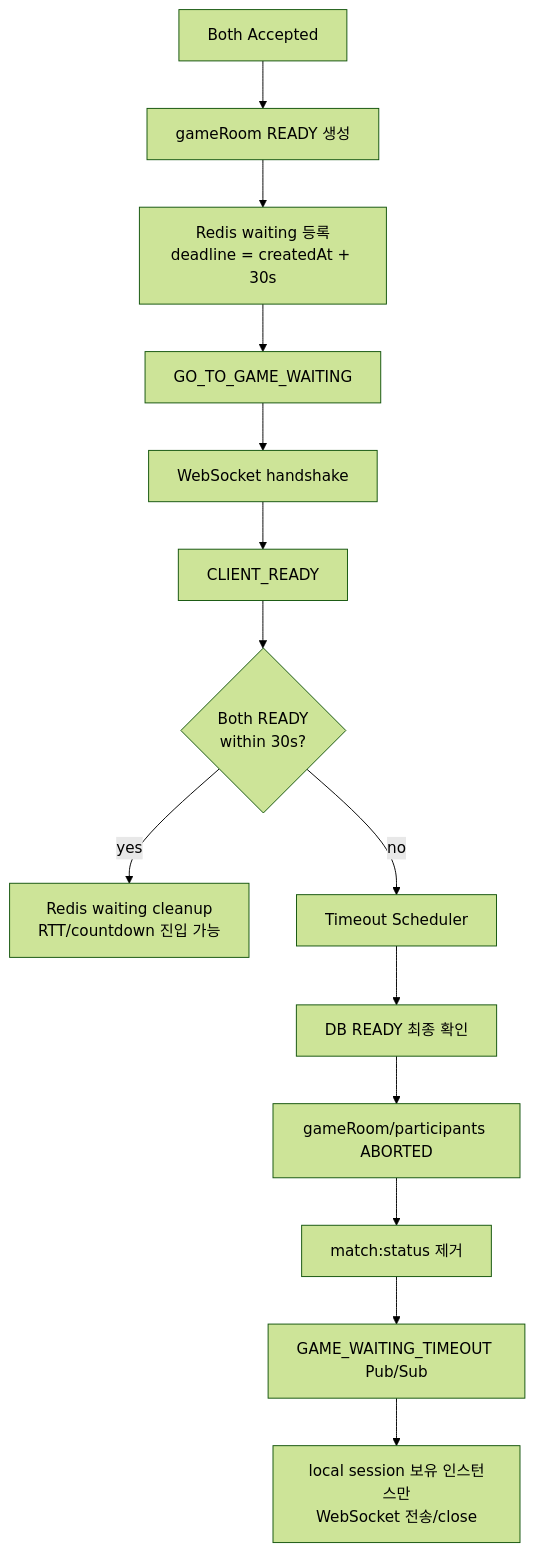
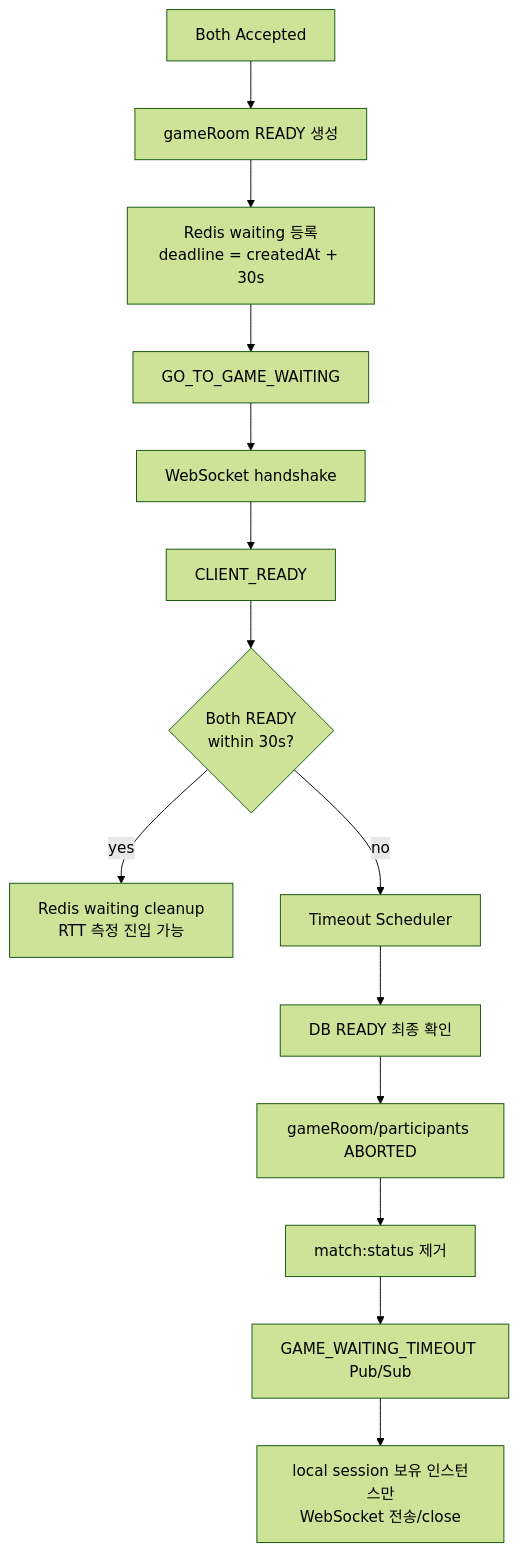
Before and after one commit to moonwhistle/League-of-Star: the second of 9 diagrams in docs/antigravity/backend/issue-42-game-waiting-websocket-timeout.md, drawn with Mermaid (forest theme). The commit also changed other lines of this file and 9 other files, not shown here.

Commit message:
docs: rtt 측정 정책 및 rtt redis 저장 구조 문서에 명시

````diff
--- a/docs/antigravity/backend/issue-42-game-waiting-websocket-timeout.md
+++ b/docs/antigravity/backend/issue-42-game-waiting-websocket-timeout.md
@@ -741,16 +741,16 @@
 ```mermaid
 flowchart TD
     A["Both Accepted"] --> B["gameRoom READY 생성"]
     B --> C["Redis waiting 등록<br/>deadline = createdAt + 30s"]
     C --> D["GO_TO_GAME_WAITING"]
     D --> E["WebSocket handshake"]
     E --> F["CLIENT_READY"]
     F --> G{"Both READY<br/>within 30s?"}
-    G -->|"yes"| H["Redis waiting cleanup<br/>RTT/countdown 진입 가능"]
+    G -->|"yes"| H["Redis waiting cleanup<br/>RTT 측정 진입 가능"]
     G -->|"no"| I["Timeout Scheduler"]
     I --> J["DB READY 최종 확인"]
     J --> K["gameRoom/participants ABORTED"]
     K --> L["match:status 제거"]
     L --> M["GAME_WAITING_TIMEOUT Pub/Sub"]
     M --> N["local session 보유 인스턴스만<br/>WebSocket 전송/close"]
 ```
````
